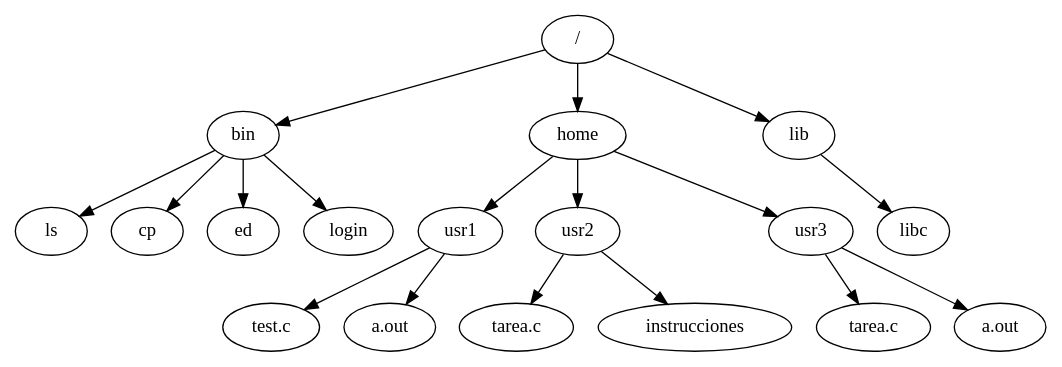
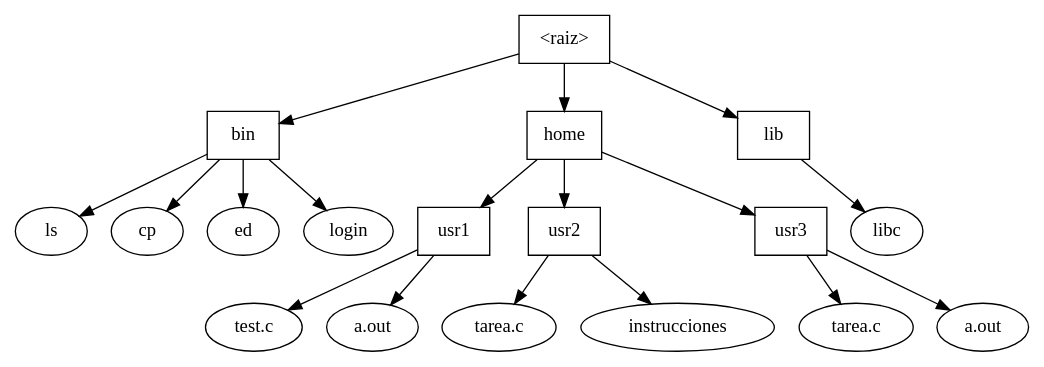
The second of 4 diagrams in notas/05_sistemas_de_archivos.org (gwolf/sistop), drawn with Graphviz before and after one commit. The commit also changed other lines of this file and 1 other file, not shown here.

```diff
--- a/notas/05_sistemas_de_archivos.org
+++ b/notas/05_sistemas_de_archivos.org
@@ -734,32 +748,38 @@
 #+begin_src dot :exports results :file ltxpng/directorio_arbol.png
 digraph G {
   root -> bin;
   root -> home;
   root -> lib;
   
   bin -> ls;
   bin -> cp;
   bin -> ed;
   bin -> login;
 
   lib -> libc;
 
   home -> usr1;
   home -> usr2;
   home -> usr3;
 
   usr1 -> test_c1;
   usr1 -> a_out;
   usr2 -> tarea_c2;
   usr2 -> instrucciones;
   usr3 -> tarea_c;
   usr3 -> a_out2;
   
-  root [label="/"];
+  root [label="<raiz>", shape=box];
+  bin [shape=box];
+  home [shape=box];
+  lib [shape=box];
+  usr1 [shape=box];
+  usr2 [shape=box];
+  usr3 [shape=box];
   a_out [label="a.out"];
   test_c1 [label="test.c"];
   a_out2 [label="a.out"];
   tarea_c [label="tarea.c"];
   tarea_c2 [label="tarea.c"];
 }
 #+end_src
```
